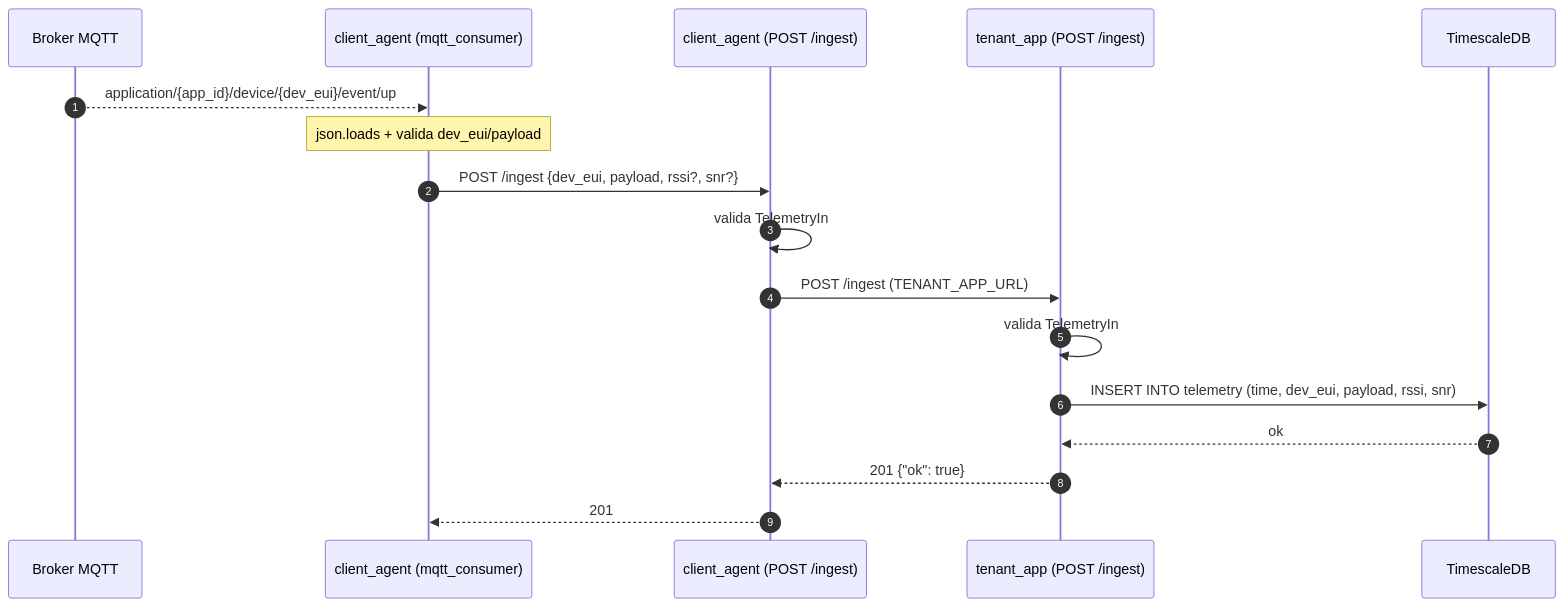
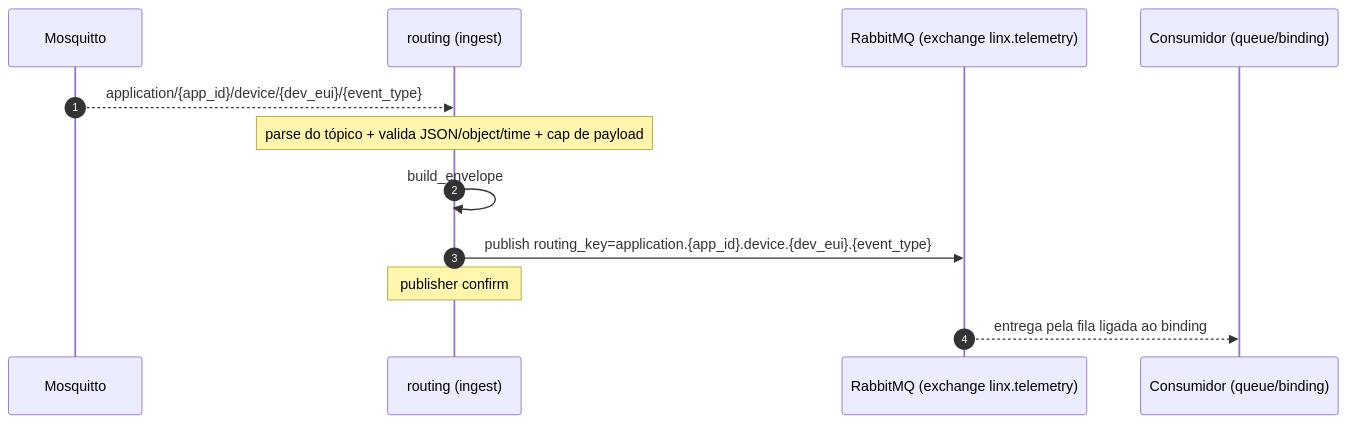
The third of 3 diagrams in docs/comunicacao_entre_servicos.md (IncludeLuisFerreira/LINX-LoRaWAN-Intelligence-Nexus), drawn with Mermaid before and after one commit. The commit also changed other lines of this file and 2 other files, not shown here.

Commit message:
docs(middleware): descreve ingest MQTT para exchange RabbitMQ

````diff
--- a/docs/comunicacao_entre_servicos.md
+++ b/docs/comunicacao_entre_servicos.md
@@ -235,20 +249,15 @@
 ```mermaid
 sequenceDiagram
     autonumber
-    participant MQ as Broker MQTT
-    participant MC as client_agent (mqtt_consumer)
-    participant API as client_agent (POST /ingest)
-    participant TA as tenant_app (POST /ingest)
-    participant TS as TimescaleDB
+    participant MQ as Mosquitto
+    participant RT as routing (ingest)
+    participant RMQ as RabbitMQ (exchange linx.telemetry)
+    participant CO as Consumidor (queue/binding)
 
-    MQ-->>MC: application/{app_id}/device/{dev_eui}/event/up
-    Note over MC: json.loads + valida dev_eui/payload
-    MC->>API: POST /ingest {dev_eui, payload, rssi?, snr?}
-    API->>API: valida TelemetryIn
-    API->>TA: POST /ingest (TENANT_APP_URL)
-    TA->>TA: valida TelemetryIn
-    TA->>TS: INSERT INTO telemetry (time, dev_eui, payload, rssi, snr)
-    TS-->>TA: ok
-    TA-->>API: 201 {"ok": true}
-    API-->>MC: 201
+    MQ-->>RT: application/{app_id}/device/{dev_eui}/{event_type}
+    Note over RT: parse do tópico + valida JSON/object/time + cap de payload
+    RT->>RT: build_envelope
+    RT->>RMQ: publish routing_key=application.{app_id}.device.{dev_eui}.{event_type}
+    Note over RT: publisher confirm
+    RMQ-->>CO: entrega pela fila ligada ao binding
 ```
````
